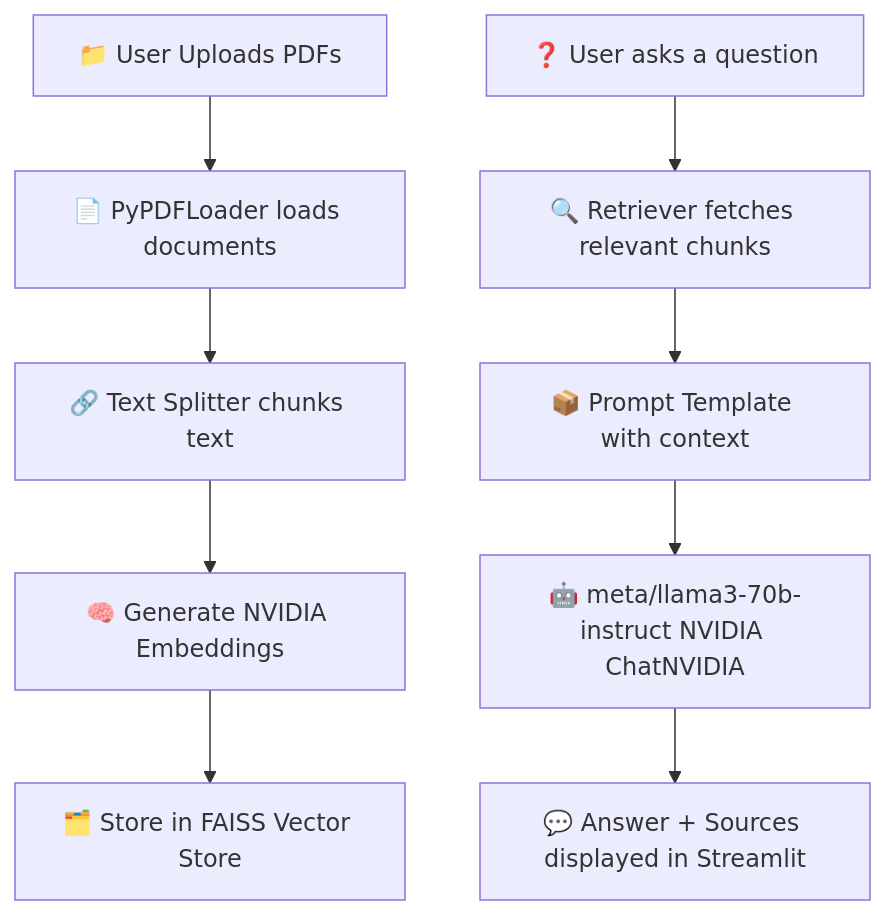
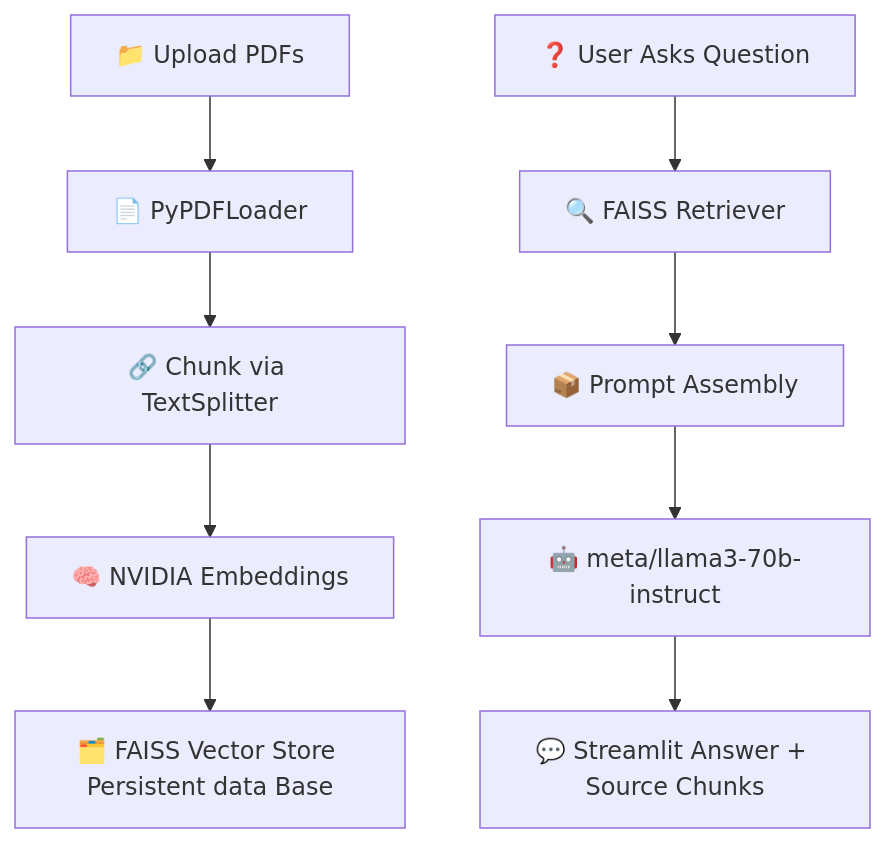
Before and after one commit to m-lab25/RAG-nvidia_nemo: the diagram in README.md, drawn with Mermaid. The commit also changed other lines of this file, not shown here.

`````diff
--- a/README.md
+++ b/README.md
@@ -44,12 +62,12 @@
 ```mermaid
 flowchart TD
-    A[📁 User Uploads PDFs] --> B[📄 PyPDFLoader loads documents]
-    B --> C[🔗 Text Splitter chunks text]
-    C --> D[🧠 Generate NVIDIA Embeddings]
-    D --> E[🗂️ Store in FAISS Vector Store]
+    A[📁 Upload PDFs] --> B[📄 PyPDFLoader]
+    B --> C[🔗 Chunk via TextSplitter]
+    C --> D[🧠 NVIDIA Embeddings]
+    D --> E[🗂️ FAISS Vector Store Persistent data Base]
 
-    F[❓ User asks a question] --> G[🔍 Retriever fetches relevant chunks]
-    G --> H[📦 Prompt Template with context]
-    H --> I[🤖 meta/llama3-70b-instruct NVIDIA ChatNVIDIA]
-    I --> J[💬 Answer + Sources displayed in Streamlit]
-```
+    F[❓ User Asks Question] --> G[🔍 FAISS Retriever]
+    G --> H[📦 Prompt Assembly]
+    H --> I[🤖 meta/llama3-70b-instruct]
+    I --> J[💬 Streamlit Answer + Source Chunks]
+````
`````
